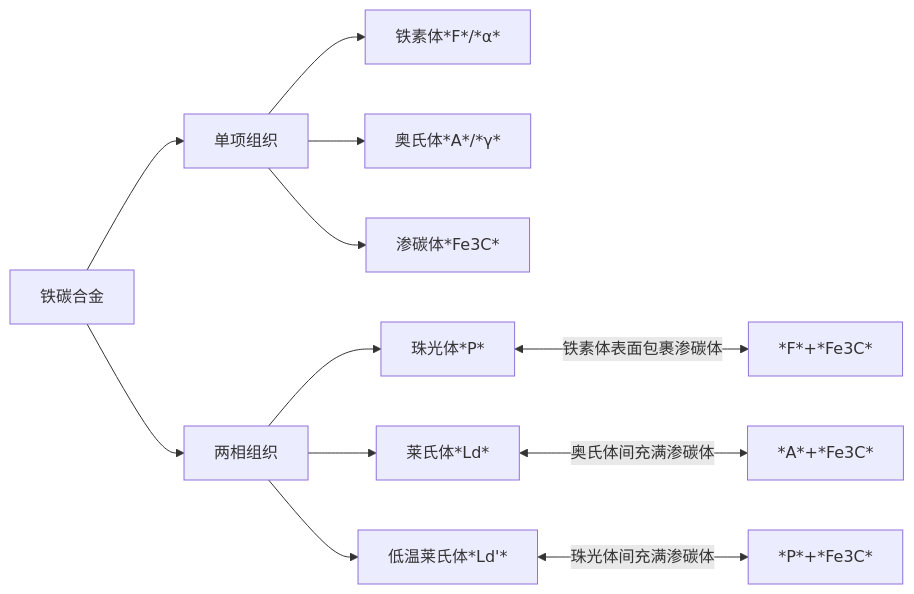
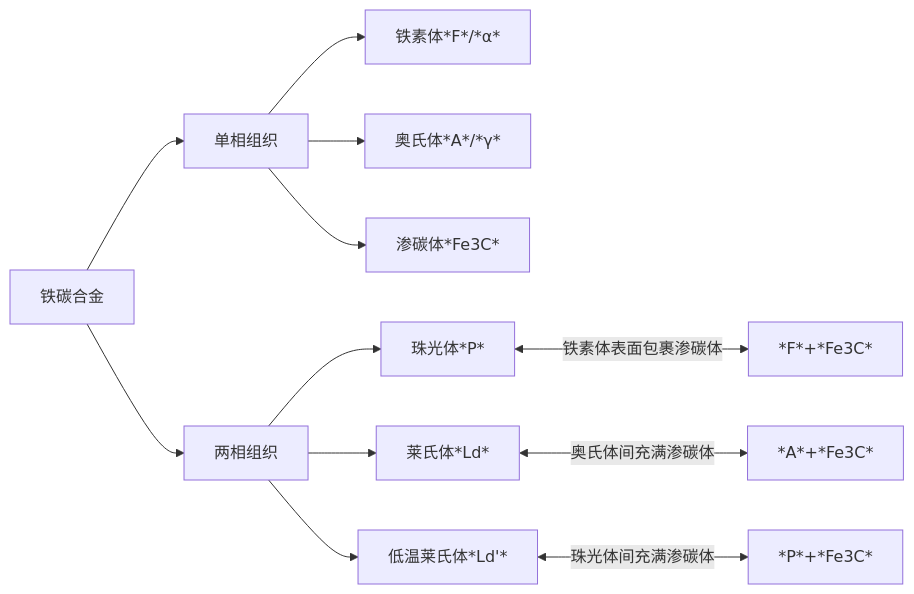
Before and after one commit to why-0-why/LearnMarkdown: the fourth of 8 diagrams in 113工程材料.md, drawn with Mermaid.

Commit message:
docs: 修正铁碳合金组织术语错误
单项组织更正为单相组织，确保文档术语准确

- 将“单项组织”更正为“单相组织”，以符合正确的冶金学术语
- 更新了相关箭头指向的组织名称，保持文档一致性

````diff
--- a/113工程材料.md
+++ b/113工程材料.md
@@ -79,15 +79,15 @@
 ```mermaid
 graph LR;
-    铁碳合金-->单项组织;
+    铁碳合金-->单相组织;
     
-    单项组织-->铁素体*F*/*α*;
-    单项组织-->奥氏体*A*/*γ*;
-    单项组织-->渗碳体*Fe3C*;
+    单相组织-->铁素体*F*/*α*;
+    单相组织-->奥氏体*A*/*γ*;
+    单相组织-->渗碳体*Fe3C*;
 
     铁碳合金-->两相组织;
 
     两相组织-->珠光体*P*<-->| 铁素体表面包裹渗碳体 |*F*+*Fe3C*;
     两相组织-->莱氏体*Ld*<-->| 奥氏体间充满渗碳体 |*A*+*Fe3C*;
     两相组织-->低温莱氏体*Ld'*<-->| 珠光体间充满渗碳体 |*P*+*Fe3C*;
 
 ```
````
